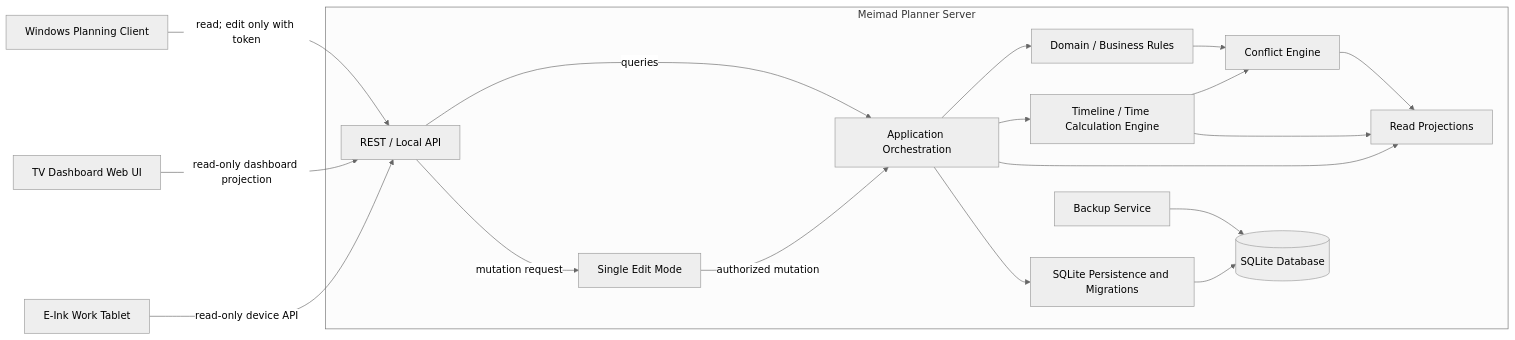
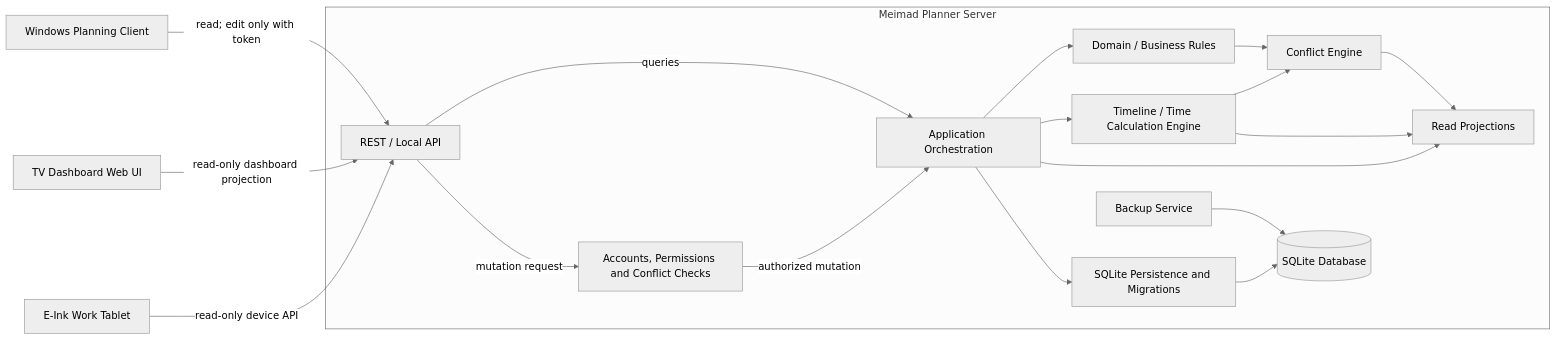
One commit to Mihavin/Meimad-ProductionPlanner changed the second of 7 diagrams in docs/architecture.md. Above: the diagram before and after it, drawn with Mermaid (neutral theme). The commit also changed other lines of this file and 201 other files, not shown here.

First line of the commit message:
Replace Single Edit Mode with user accounts and explained conflicts

````diff
--- a/docs/architecture.md
+++ b/docs/architecture.md
@@ -84,37 +84,37 @@
 ```mermaid
 flowchart LR
     Windows[Windows Planning Client]
     TV[TV Dashboard Web UI]
     EInk[E-Ink Work Tablet]
 
     subgraph Server[Meimad Planner Server]
         API[REST / Local API]
-        Edit[Single Edit Mode]
+        Edit[Accounts, Permissions and Conflict Checks]
         App[Application Orchestration]
         Domain[Domain / Business Rules]
         Timeline[Timeline / Time Calculation Engine]
         Conflict[Conflict Engine]
         Views[Read Projections]
         Persistence[SQLite Persistence and Migrations]
         Backup[Backup Service]
         DB[(SQLite Database)]
 
         API -->|queries| App
         API -->|mutation request| Edit
         Edit -->|authorized mutation| App
         App --> Domain
         App --> Timeline
         Timeline --> Conflict
         Domain --> Conflict
         Timeline --> Views
         Conflict --> Views
         App --> Views
         App --> Persistence
         Persistence --> DB
         Backup --> DB
     end
 
     Windows -->|read; edit only with token| API
     TV -->|read-only dashboard projection| API
     EInk -->|read-only device API| API
 ```
````
